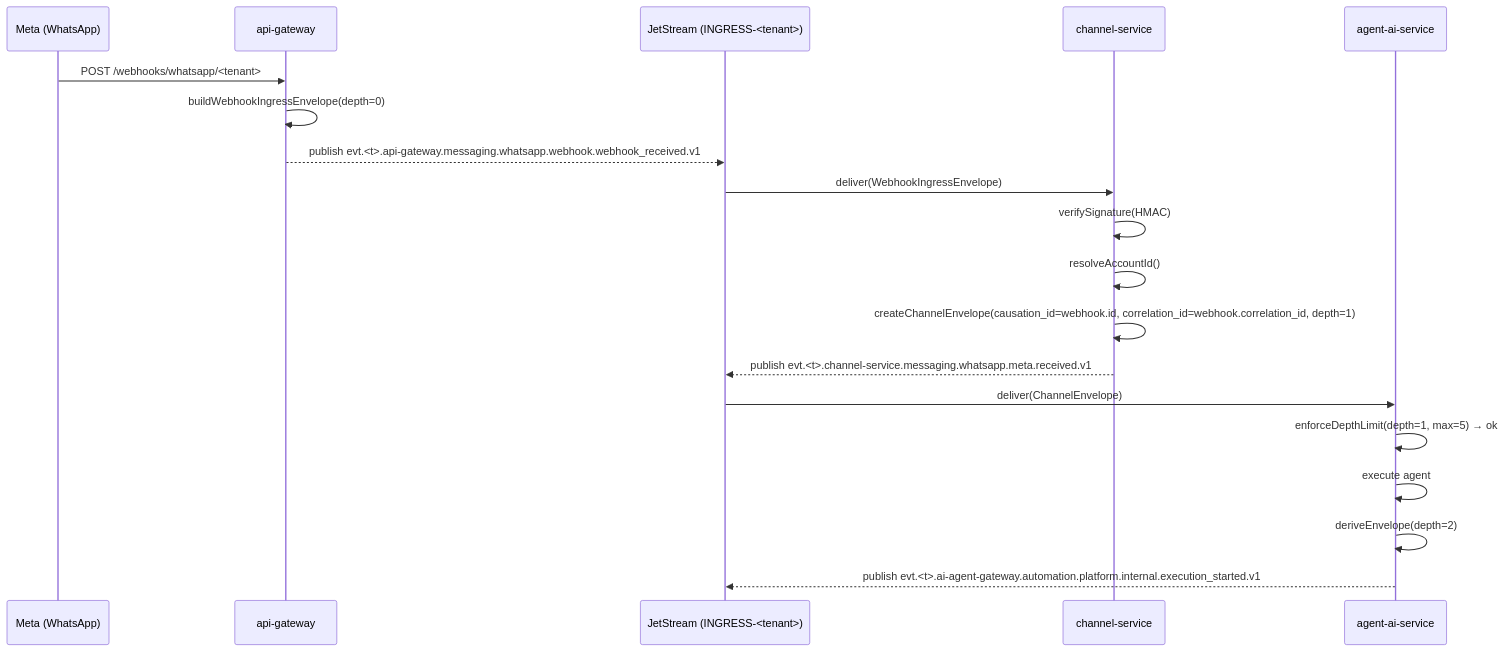
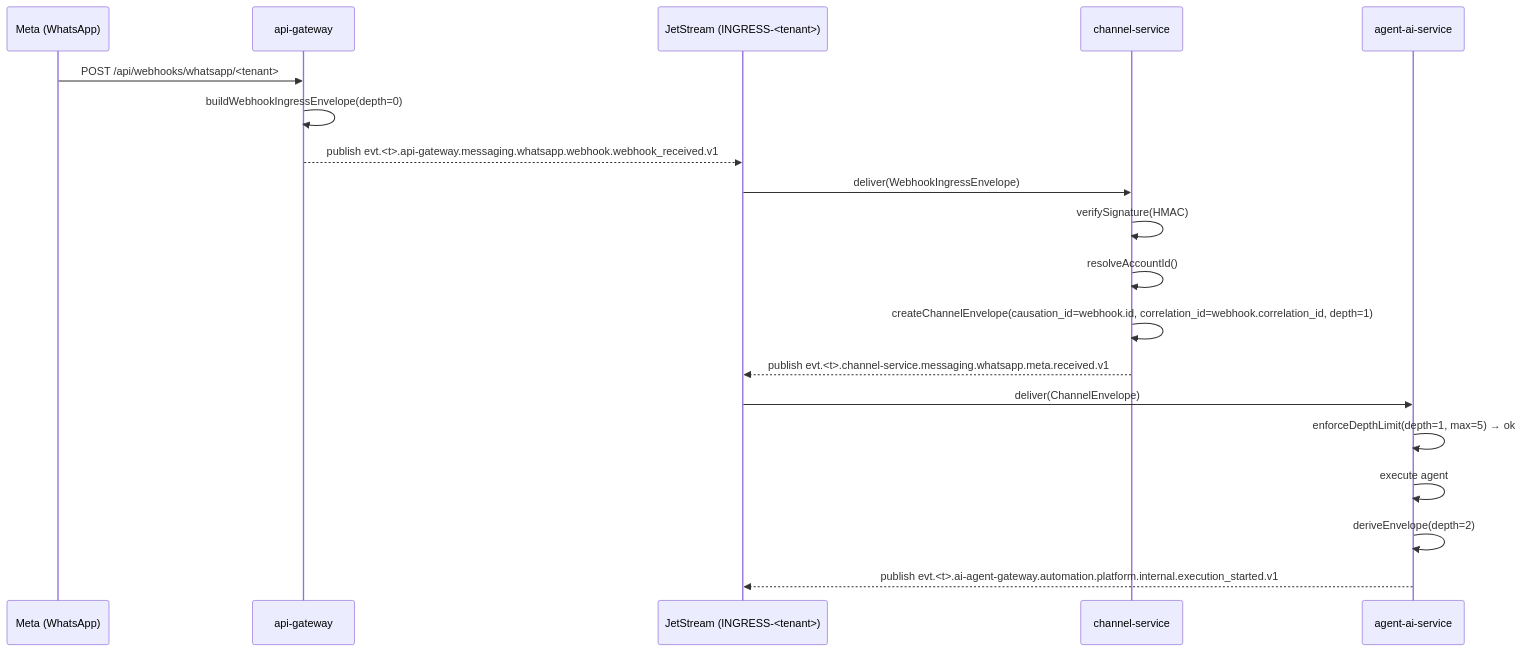
One commit to ccarnero/colloqui changed the diagram in DOCS/messaging/ingress.md. Above: the diagram before and after it, drawn with Mermaid. The commit also changed other lines of this file and 12 other files, not shown here.

First line of the commit message:
docs(audit): T02 messaging+architecture vs code — 11 fixed, 2 true

````diff
--- a/DOCS/messaging/ingress.md
+++ b/DOCS/messaging/ingress.md
@@ -204,24 +206,24 @@
 ```mermaid
 sequenceDiagram
     participant Meta as Meta (WhatsApp)
     participant GW as api-gateway
     participant JS as JetStream (INGRESS-<tenant>)
     participant CS as channel-service
     participant AG as agent-ai-service
 
-    Meta->>GW: POST /webhooks/whatsapp/<tenant>
+    Meta->>GW: POST /api/webhooks/whatsapp/<tenant>
     GW->>GW: buildWebhookIngressEnvelope(depth=0)
     GW-->>JS: publish evt.<t>.api-gateway.messaging.whatsapp.webhook.webhook_received.v1
 
     JS->>CS: deliver(WebhookIngressEnvelope)
     CS->>CS: verifySignature(HMAC)
     CS->>CS: resolveAccountId()
     CS->>CS: createChannelEnvelope(causation_id=webhook.id, correlation_id=webhook.correlation_id, depth=1)
     CS-->>JS: publish evt.<t>.channel-service.messaging.whatsapp.meta.received.v1
 
     JS->>AG: deliver(ChannelEnvelope)
     AG->>AG: enforceDepthLimit(depth=1, max=5) → ok
     AG->>AG: execute agent
     AG->>AG: deriveEnvelope(depth=2)
     AG-->>JS: publish evt.<t>.ai-agent-gateway.automation.platform.internal.execution_started.v1
 ```
````
